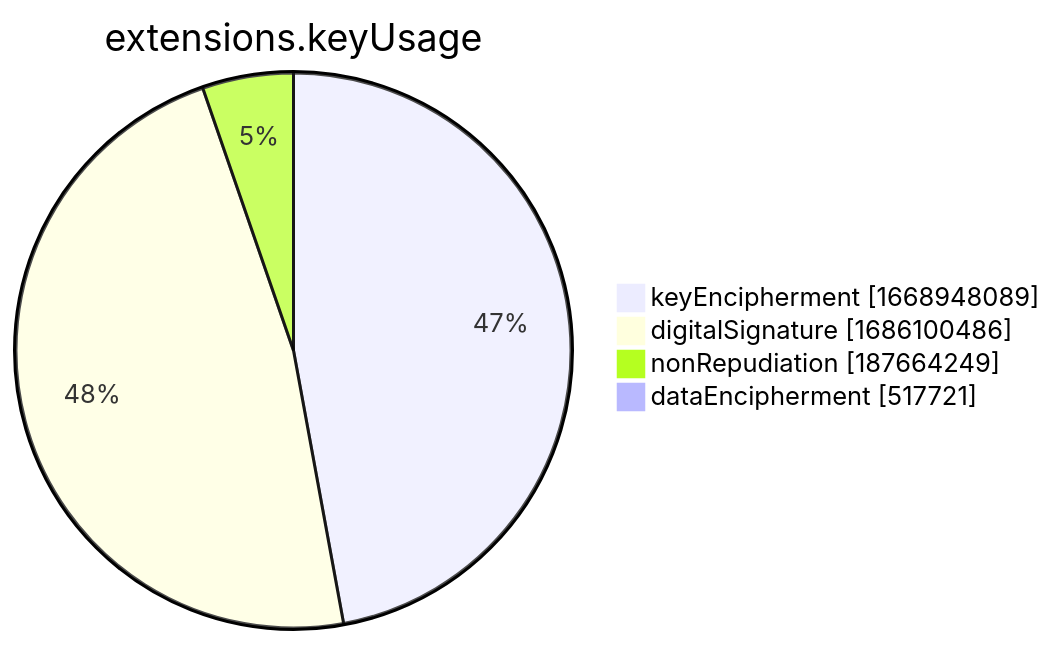
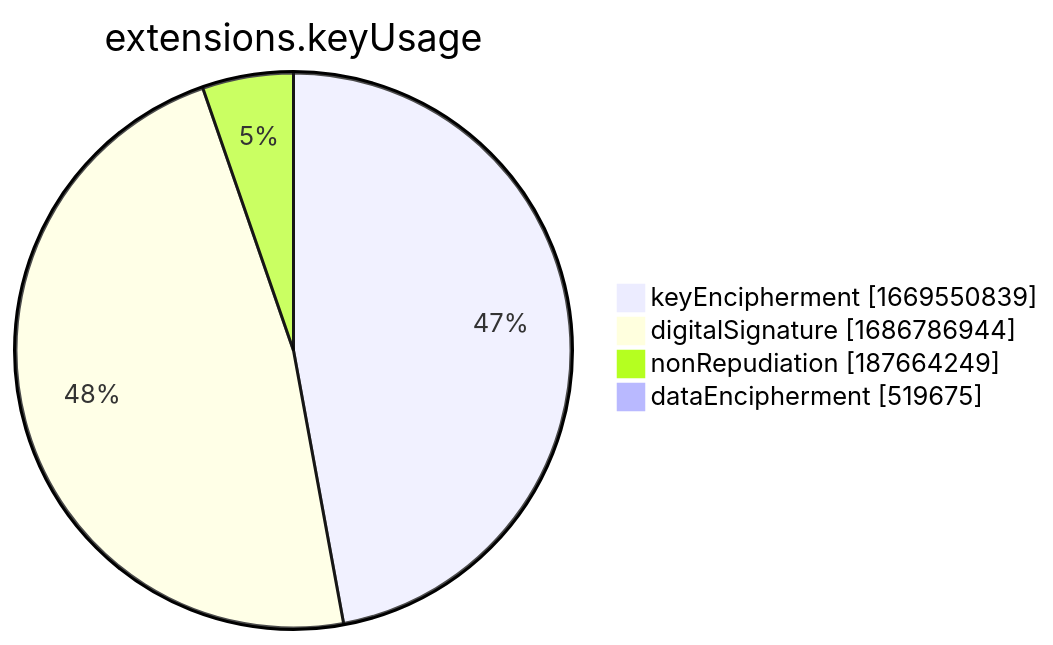
Before and after one commit to christiankrug/ctmonitor_visualization: the seventh of 15 diagrams in xenon2022/README.md, drawn with Mermaid. The commit also changed other lines of this file, not shown here.

````diff
--- a/xenon2022/README.md
+++ b/xenon2022/README.md
@@ -2857,8 +2857,8 @@
 ```mermaid
 pie showData
 title extensions.keyUsage
-"keyEncipherment" :1668948089
-"digitalSignature" :1686100486
+"keyEncipherment" :1669550839
+"digitalSignature" :1686786944
 "nonRepudiation" :187664249
-"dataEncipherment" :517721
+"dataEncipherment" :519675
 ```
````
